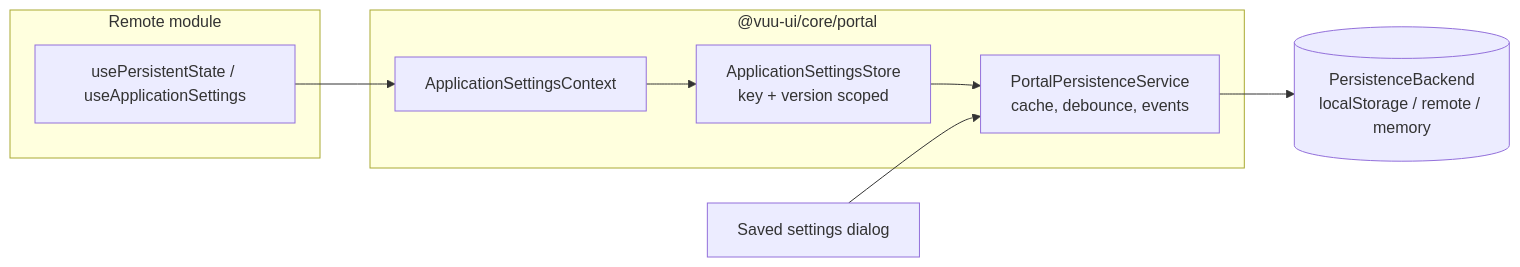
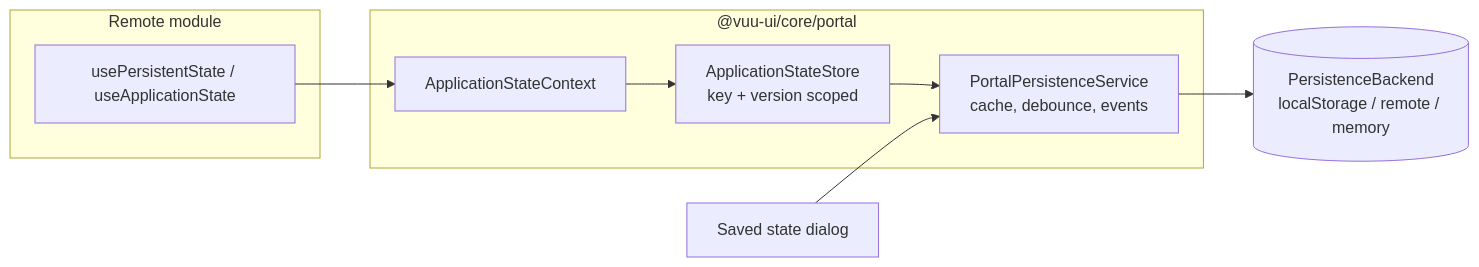
Before and after one commit to finos/vuu: the first of 2 diagrams in vuu-ui/packages/core/docs/portal-persistence-design.md, drawn with Mermaid. The commit also changed other lines of this file and 9 other files, not shown here.

````diff
--- a/vuu-ui/packages/core/docs/portal-persistence-design.md
+++ b/vuu-ui/packages/core/docs/portal-persistence-design.md
@@ -211,16 +245,16 @@
 ```mermaid
 flowchart LR
   subgraph Remote module
-    H[usePersistentState / useApplicationSettings]
+    H[usePersistentState / useApplicationState]
   end
   subgraph "@vuu-ui/core/portal"
-    C[ApplicationSettingsContext]
-    S[ApplicationSettingsStore<br/>key + version scoped]
+    C[ApplicationStateContext]
+    S[ApplicationStateStore<br/>key + version scoped]
     P[PortalPersistenceService<br/>cache, debounce, events]
   end
   B[(PersistenceBackend<br/>localStorage / remote / memory)]
-  UI[Saved settings dialog]
+  UI[Saved state dialog]
 
   H --> C --> S --> P --> B
   UI --> P
 ```
````
